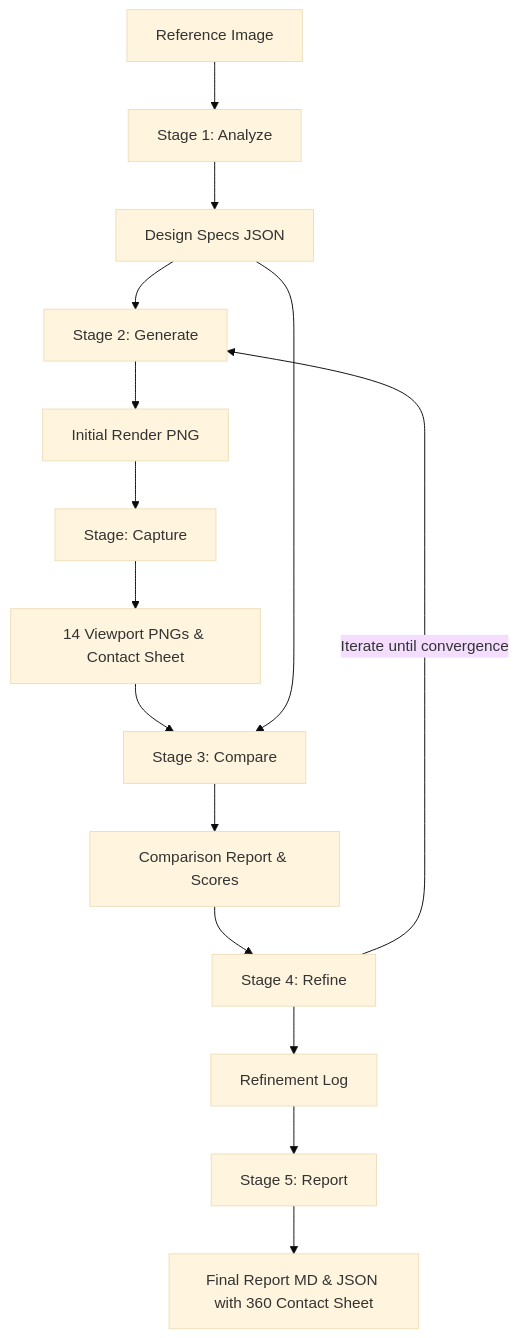
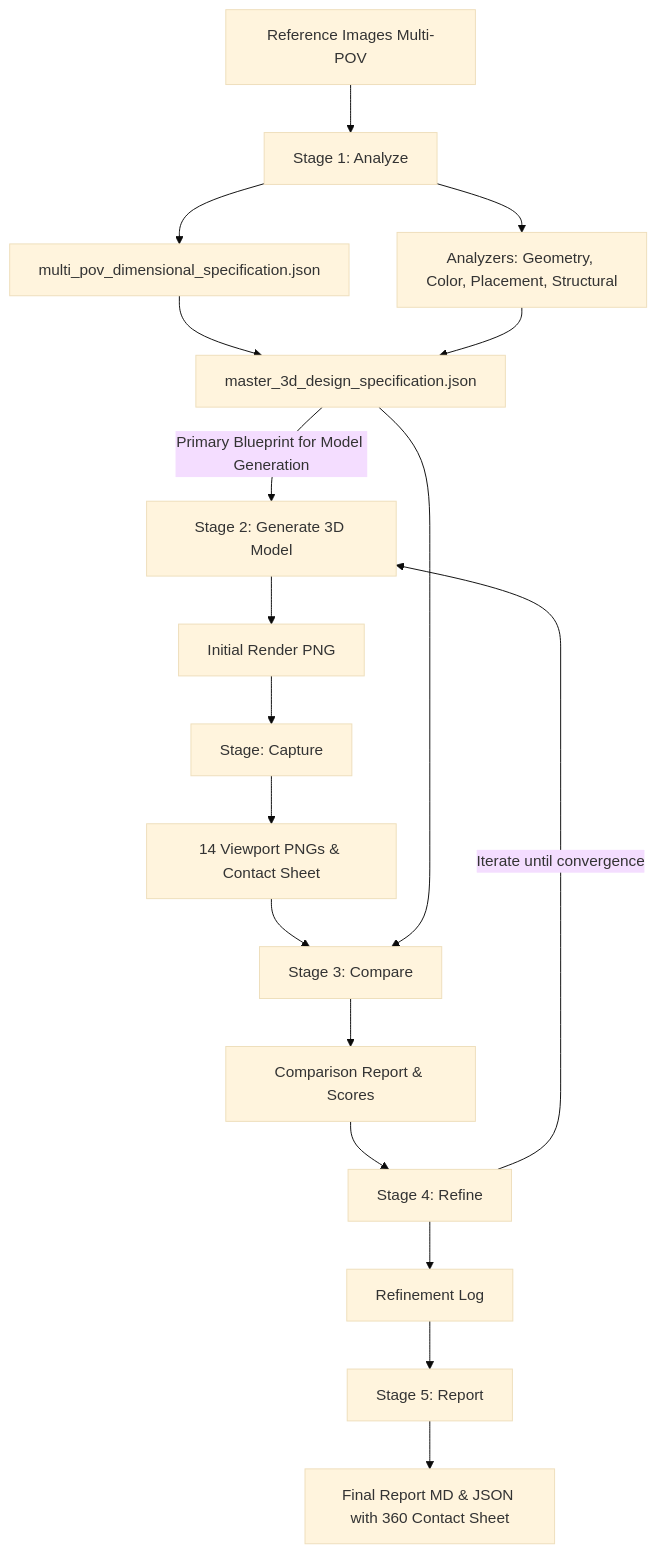
Before and after one commit to Cosmictraveler002/blender_antigravity_mcp: the diagram in AGENT.md, drawn with Mermaid (base theme). The commit also changed other lines of this file and 85 other files, not shown here.

Commit message:
feat(pipeline): integrate multi-POV photogrammetry into master 3D design specification and update documentation

````diff
--- a/AGENT.md
+++ b/AGENT.md
@@ -50,17 +50,20 @@
 ```mermaid
 graph TD
-    Ref[Reference Image] --> S1[Stage 1: Analyze]
-    S1 --> Specs[Design Specs JSON]
-    Specs --> S2[Stage 2: Generate]
+    Ref[Reference Images Multi-POV] --> S1[Stage 1: Analyze]
+    S1 --> MultiPOVSpec[multi_pov_dimensional_specification.json]
+    S1 --> SubSpecs[Analyzers: Geometry, Color, Placement, Structural]
+    MultiPOVSpec --> MasterSpec[master_3d_design_specification.json]
+    SubSpecs --> MasterSpec
+    MasterSpec -->|Primary Blueprint for Model Generation| S2[Stage 2: Generate 3D Model]
     S2 --> Render[Initial Render PNG]
     Render --> S_Cap[Stage: Capture]
     S_Cap --> VP_Renders[14 Viewport PNGs & Contact Sheet]
     VP_Renders --> S3[Stage 3: Compare]
-    Specs --> S3
+    MasterSpec --> S3
     S3 --> CompReport[Comparison Report & Scores]
     CompReport --> S4[Stage 4: Refine]
     S4 -->|Iterate until convergence| S2
     S4 --> FinalData[Refinement Log]
     FinalData --> S5[Stage 5: Report]
     S5 --> MarkdownDoc[Final Report MD & JSON with 360 Contact Sheet]
 ```
````
